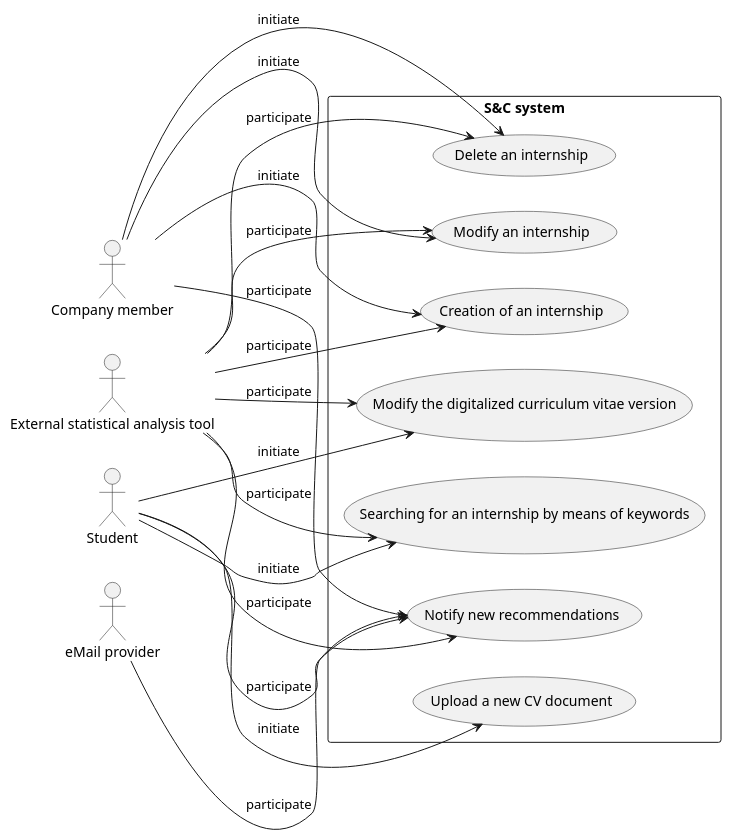
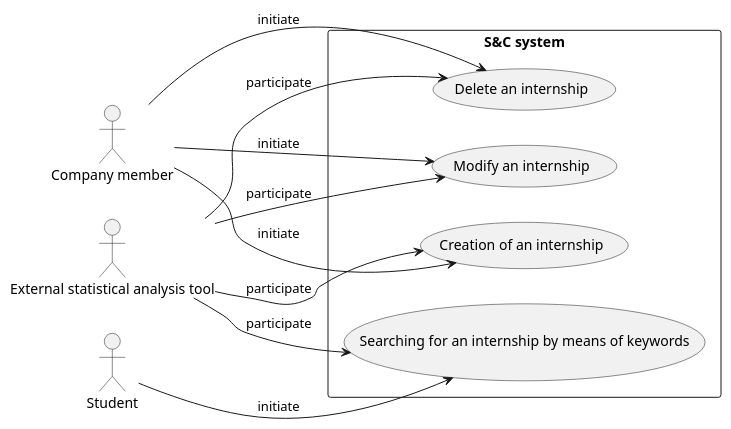
The diagram in RASD/Specific_requirements/uml_diagrams/use_cases_diagram2.puml (matti8702/R_and_DD_project_SE2), drawn with PlantUML before and after one commit. The commit also changed 6 other files, not shown here.

Commit message:
refactor: improve readability of use case diagrams

```diff
--- a/RASD/Specific_requirements/uml_diagrams/use_cases_diagram2.puml
+++ b/RASD/Specific_requirements/uml_diagrams/use_cases_diagram2.puml
@@ -1,42 +1,28 @@
 @startuml use_cases_diagram2
 left to right direction
 
 together{
     actor :Student: as ST
     actor :Company member: as CM
     actor :External statistical analysis tool: as STAT
-    actor :eMail provider: as EMAIL
 }
 
 rectangle "S&C system"{
     usecase (Creation of an internship) as UC7
     usecase (Modify an internship) as UC8
     usecase (Delete an internship) as UC9
     usecase (Searching for an internship by means of keywords) as UC10
-    usecase (Modify the digitalized curriculum vitae version) as UC11
-    usecase (Upload a new CV document) as UC12
-    usecase (Notify new recommendations) as UC13
 }
 
 CM --> UC7: initiate
 STAT -> UC7: participate
 
 CM --> UC8: initiate
-STAT --> UC8: participate
+STAT -> UC8: participate
 
 CM -> UC9: initiate
-STAT --> UC9: participate
+STAT -> UC9: participate
 
-ST -> UC10: initiate
-STAT --> UC10: participate
-
-ST -> UC11: initiate
-STAT -> UC11: participate
-
-ST -> UC12: initiate
-
-STAT --> UC13: participate
-ST --> UC13: participate
-CM --> UC13: participate
-EMAIL --> UC13: participate
+ST --> UC10: initiate
+STAT -> UC10: participate
 @enduml
```
